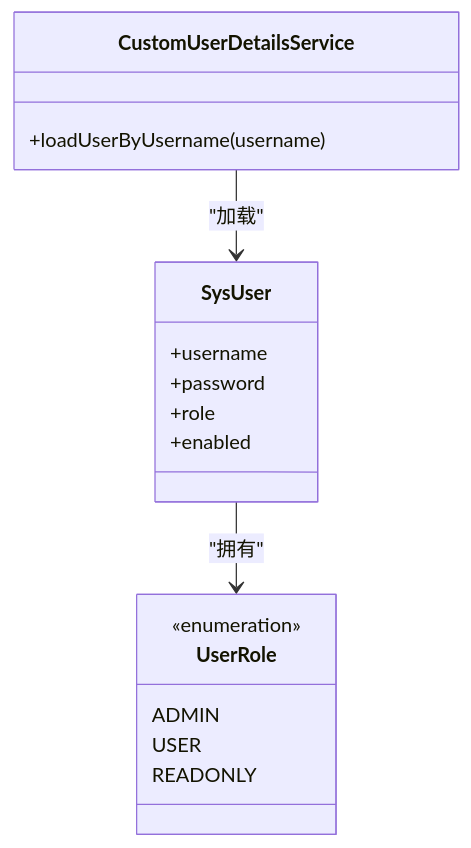
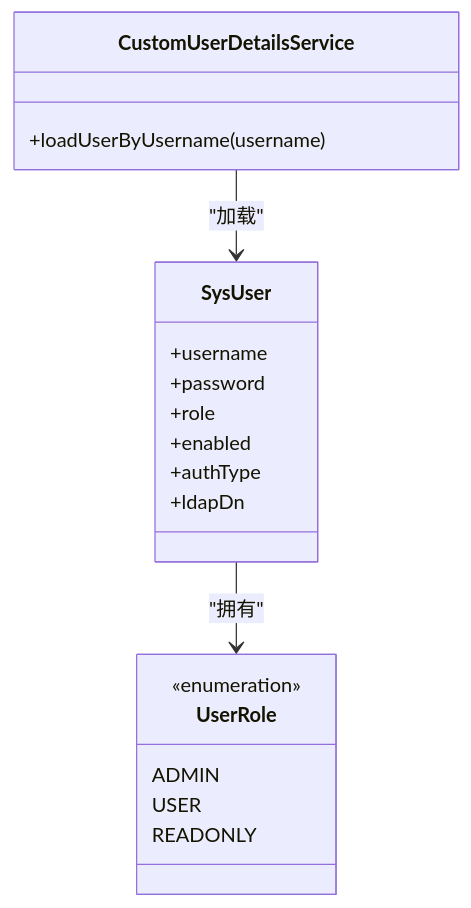
Before and after one commit to zzjxmy/mysql-risk-filed-check: the fourth of 10 diagrams in .qoder/repowiki/zh/content/安全与认证/安全与认证.md, drawn with Mermaid. The commit also changed other lines of this file and 8 other files, not shown here.

````diff
--- a/.qoder/repowiki/zh/content/安全与认证/安全与认证.md
+++ b/.qoder/repowiki/zh/content/安全与认证/安全与认证.md
@@ -207,20 +238,22 @@
 ```mermaid
 classDiagram
 class SysUser {
 +username
 +password
 +role
 +enabled
++authType
++ldapDn
 }
 class UserRole {
 <<enumeration>>
 ADMIN
 USER
 READONLY
 }
 class CustomUserDetailsService {
 +loadUserByUsername(username)
 }
 SysUser --> UserRole : "拥有"
 CustomUserDetailsService --> SysUser : "加载"
 ```
````
